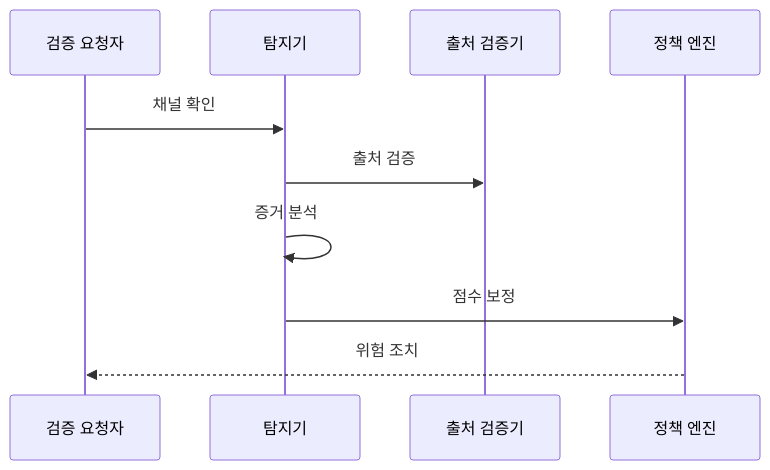
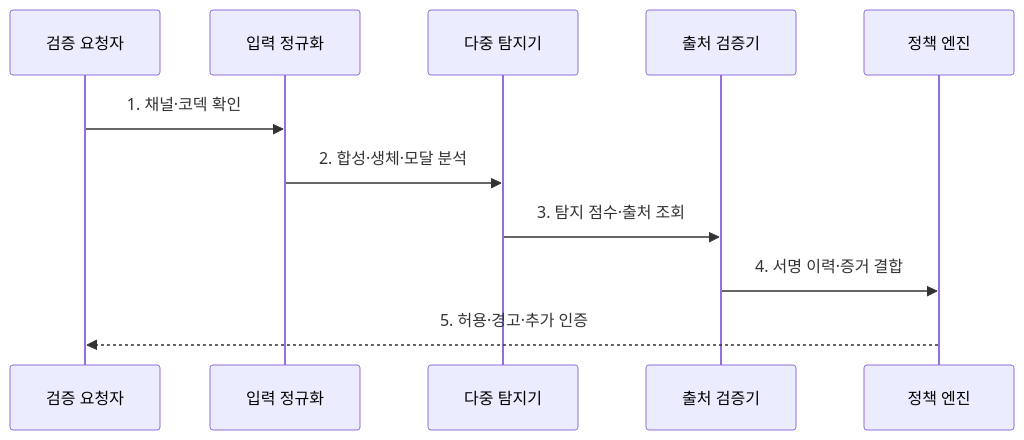
The second of 2 diagrams in src/content/docs/notes/05-security/092_deepfake_detection.md (agnusdei1207/knowledge-base), drawn with Mermaid before and after one commit. The commit also changed other lines of this file and 3 other files, not shown here.

````diff
--- a/src/content/docs/notes/05-security/092_deepfake_detection.md
+++ b/src/content/docs/notes/05-security/092_deepfake_detection.md
@@ -83,12 +81,13 @@
 ```mermaid
 sequenceDiagram
     participant U as 검증 요청자
-    participant D as 탐지기
+    participant N as 입력 정규화
+    participant D as 다중 탐지기
     participant P as 출처 검증기
     participant E as 정책 엔진
-    U->>D: 채널 확인
-    D->>P: 출처 검증
-    D->>D: 증거 분석
-    D->>E: 점수 보정
-    E-->>U: 위험 조치
+    U->>N: 1. 채널·코덱 확인
+    N->>D: 2. 합성·생체·모달 분석
+    D->>P: 3. 탐지 점수·출처 조회
+    P->>E: 4. 서명 이력·증거 결합
+    E-->>U: 5. 허용·경고·추가 인증
 ```
````
